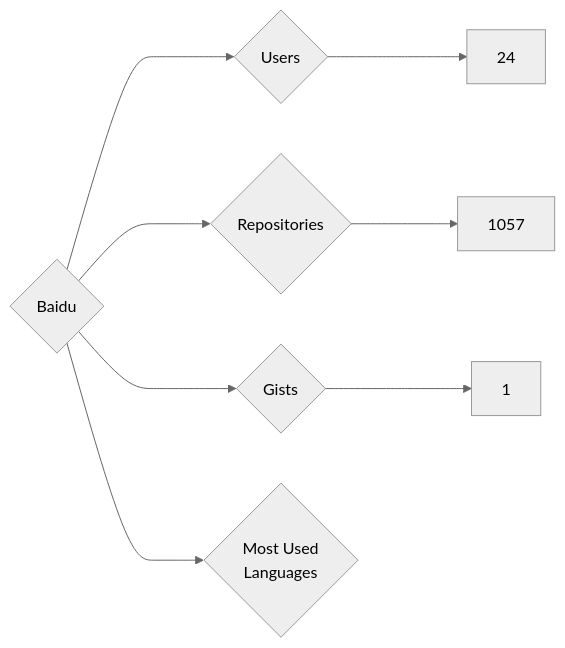
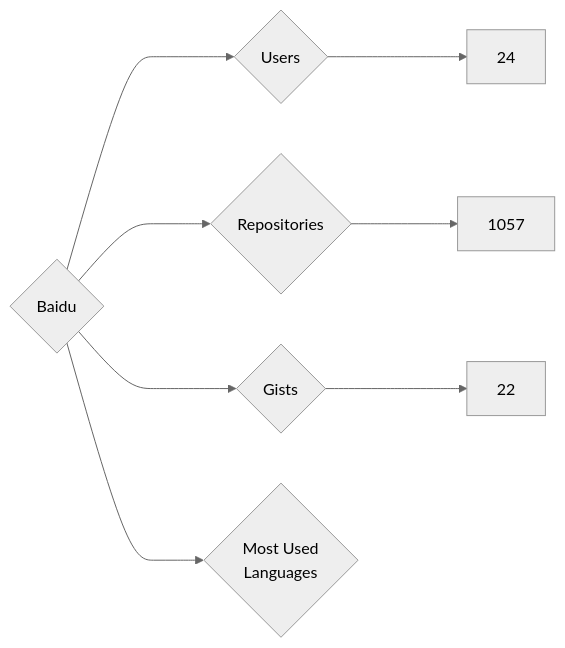
Before and after one commit to nenadzaric/insiders: the diagram in targets/Baidu/README.md, drawn with Mermaid (neutral theme). The commit also changed 1342 other files, not shown here.

````diff
--- a/targets/Baidu/README.md
+++ b/targets/Baidu/README.md
@@ -3,8 +3,8 @@
 ```mermaid
 graph LR
 COMPANY_NAME{Baidu}
 COMPANY_NAME ---> U{Users} ---> UN[24]
 COMPANY_NAME ---> R{Repositories} ---> RN[1057]
-COMPANY_NAME ---> G{Gists} ---> GN[1]
+COMPANY_NAME ---> G{Gists} ---> GN[22]
 COMPANY_NAME ---> ML{Most Used<br>Languages}
 ```
````
